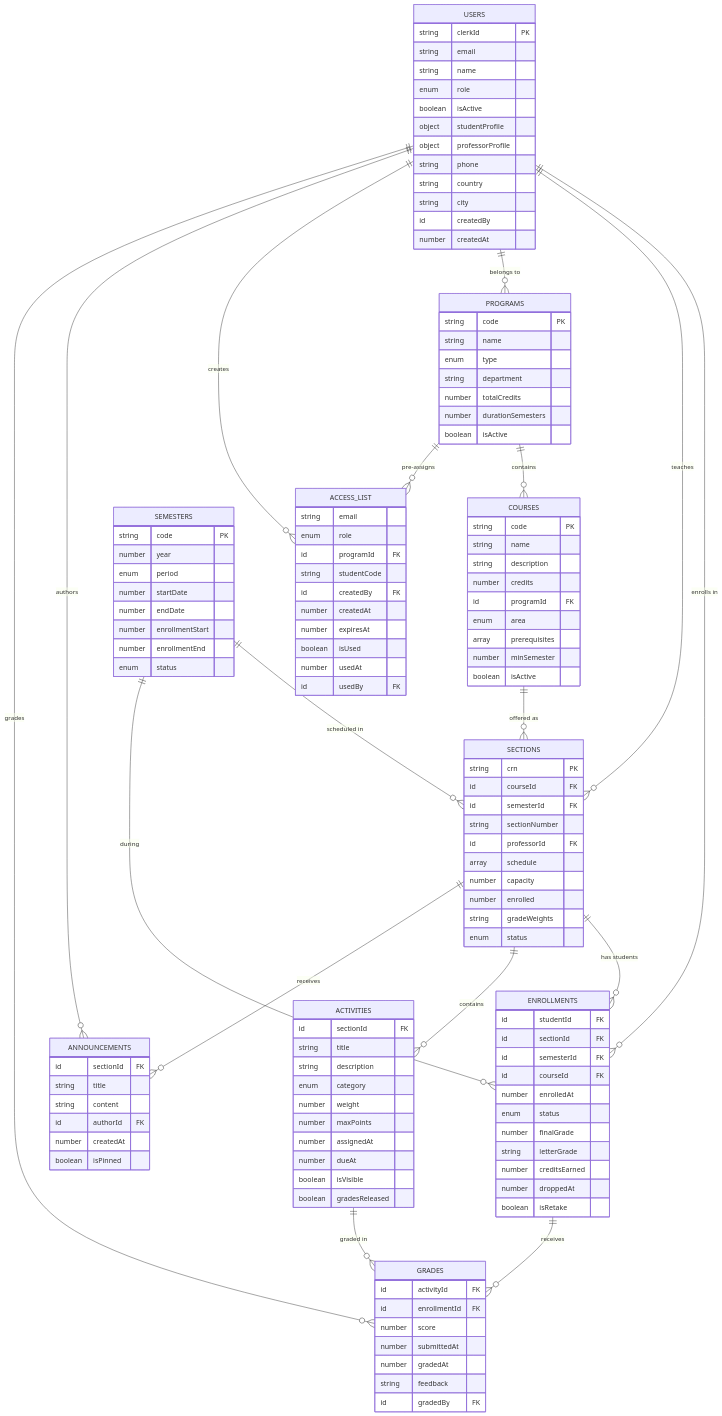
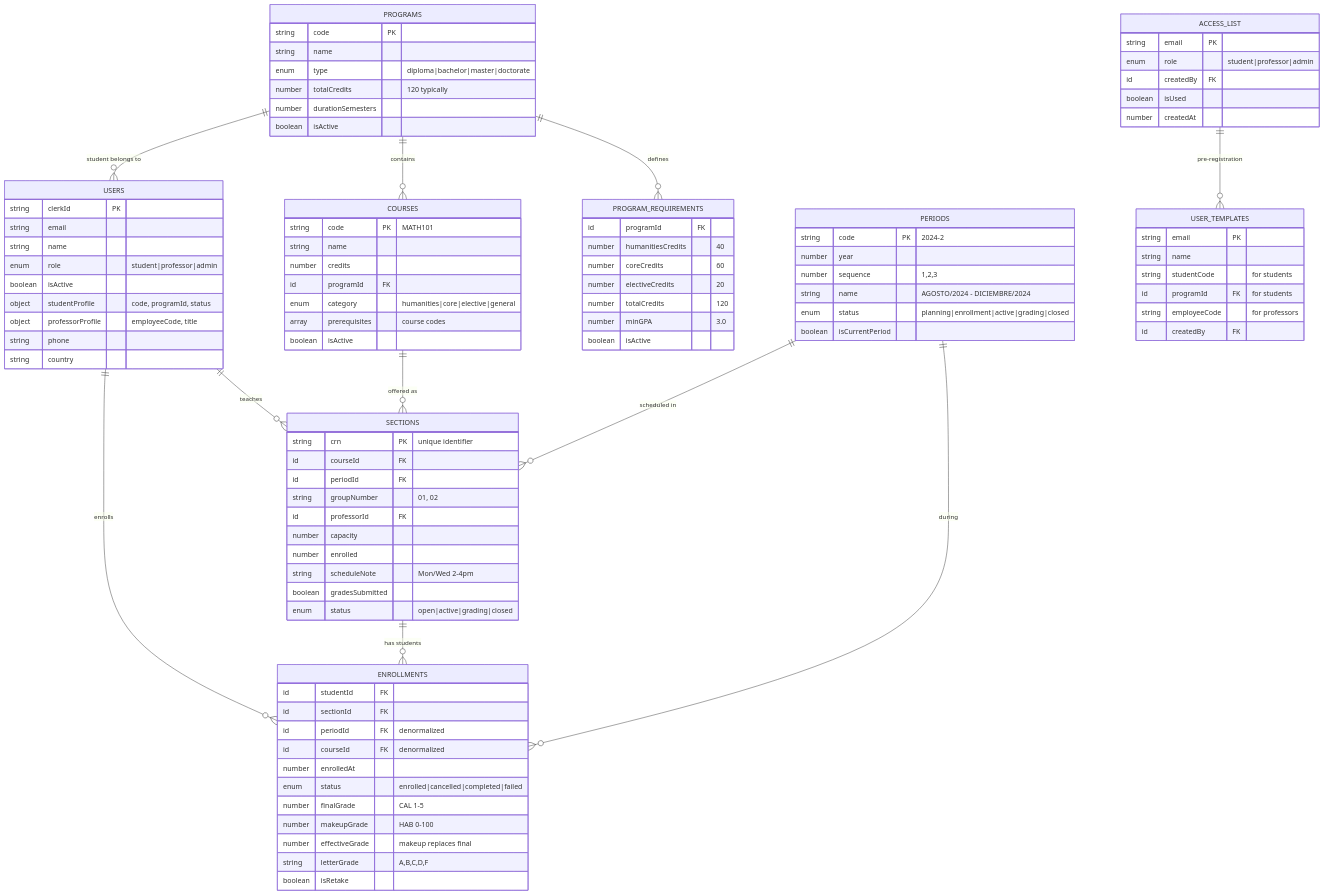
The second of 2 diagrams in convex/README.md (cpmappstudio/dismissal-app), drawn with Mermaid before and after one commit. The commit also changed other lines of this file and 4 other files, not shown here.

````diff
--- a/convex/README.md
+++ b/convex/README.md
@@ -81,145 +90,110 @@
 ```mermaid
 erDiagram
-    USERS ||--o{ ENROLLMENTS : "enrolls in"
+    USERS ||--o{ ENROLLMENTS : "enrolls"
     USERS ||--o{ SECTIONS : "teaches"
-    USERS ||--o{ PROGRAMS : "belongs to"
-    USERS ||--o{ ACCESS_LIST : "creates"
-    USERS ||--o{ ANNOUNCEMENTS : "authors"
-    USERS ||--o{ GRADES : "grades"
+    PROGRAMS ||--o{ USERS : "student belongs to"
+    PROGRAMS ||--o{ COURSES : "contains"
+    PROGRAMS ||--o{ PROGRAM_REQUIREMENTS : "defines"
     
-    PROGRAMS ||--o{ COURSES : "contains"
-    PROGRAMS ||--o{ ACCESS_LIST : "pre-assigns"
+    PERIODS ||--o{ SECTIONS : "scheduled in"
+    PERIODS ||--o{ ENROLLMENTS : "during"
     
     COURSES ||--o{ SECTIONS : "offered as"
+    SECTIONS ||--o{ ENROLLMENTS : "has students"
     
-    SECTIONS ||--o{ ENROLLMENTS : "has students"
-    SECTIONS ||--o{ ACTIVITIES : "contains"
-    SECTIONS ||--o{ ANNOUNCEMENTS : "receives"
-    
-    SEMESTERS ||--o{ SECTIONS : "scheduled in"
-    SEMESTERS ||--o{ ENROLLMENTS : "during"
-    
-    ENROLLMENTS ||--o{ GRADES : "receives"
-    
-    ACTIVITIES ||--o{ GRADES : "graded in"
+    ACCESS_LIST ||--o{ USER_TEMPLATES : "pre-registration"
 
     USERS {
         string clerkId PK
         string email
         string name
-        enum role
+        enum role "student|professor|admin"
         boolean isActive
-        object studentProfile
-        object professorProfile
+        object studentProfile "code, programId, status"
+        object professorProfile "employeeCode, title"
         string phone
         string country
-        string city
-        id createdBy
-        number createdAt
     }
     
     PROGRAMS {
         string code PK
         string name
-        enum type
-        string department
-        number totalCredits
+        enum type "diploma|bachelor|master|doctorate"
+        number totalCredits "120 typically"
         number durationSemesters
         boolean isActive
     }
     
-    SEMESTERS {
-        string code PK
+    PERIODS {
+        string code PK "2024-2"
         number year
-        enum period
-        number startDate
-        number endDate
-        number enrollmentStart
-        number enrollmentEnd
-        enum status
+        number sequence "1,2,3"
+        string name "AGOSTO/2024 - DICIEMBRE/2024"
+        enum status "planning|enrollment|active|grading|closed"
+        boolean isCurrentPeriod
     }
     
     COURSES {
-        string code PK
+        string code PK "MATH101"
         string name
-        string description
         number credits
         id programId FK
-        enum area
-        array prerequisites
-        number minSemester
+        enum category "humanities|core|elective|general"
+        array prerequisites "course codes"
         boolean isActive
     }
     
     SECTIONS {
-        string crn PK
+        string crn PK "unique identifier"
         id courseId FK
-        id semesterId FK
-        string sectionNumber
+        id periodId FK
+        string groupNumber "01, 02"
         id professorId FK
-        array schedule
         number capacity
         number enrolled
-        string gradeWeights
-        enum status
+        string scheduleNote "Mon/Wed 2-4pm"
+        boolean gradesSubmitted
+        enum status "open|active|grading|closed"
     }
     
     ENROLLMENTS {
         id studentId FK
         id sectionId FK
-        id semesterId FK
-        id courseId FK
+        id periodId FK "denormalized"
+        id courseId FK "denormalized"
         number enrolledAt
-        enum status
-        number finalGrade
-        string letterGrade
-        number creditsEarned
-        number droppedAt
+        enum status "enrolled|cancelled|completed|failed"
+        number finalGrade "CAL 1-5"
+        number makeupGrade "HAB 0-100"
+        number effectiveGrade "makeup replaces final"
+        string letterGrade "A,B,C,D,F"
         boolean isRetake
     }
     
-    ACTIVITIES {
-        id sectionId FK
-        string title
-        string description
-        enum category
-        number weight
-        number maxPoints
-        number assignedAt
-        number dueAt
-        boolean isVisible
-        boolean gradesReleased
-    }
-    
-    GRADES {
-        id activityId FK
-        id enrollmentId FK
-        number score
-        number submittedAt
-        number gradedAt
-        string feedback
-        id gradedBy FK
+    PROGRAM_REQUIREMENTS {
+        id programId FK
+        number humanitiesCredits "40"
+        number coreCredits "60"
+        number electiveCredits "20"
+        number totalCredits "120"
+        number minGPA "3.0"
+        boolean isActive
     }
     
     ACCESS_LIST {
-        string email
-        enum role
-        id programId FK
-        string studentCode
+        string email PK
+        enum role "student|professor|admin"
         id createdBy FK
+        boolean isUsed
         number createdAt
-        number expiresAt
-        boolean isUsed
-        number usedAt
-        id usedBy FK
     }
     
-    ANNOUNCEMENTS {
-        id sectionId FK
-        string title
-        string content
-        id authorId FK
-        number createdAt
-        boolean isPinned
+    USER_TEMPLATES {
+        string email PK
+        string name
+        string studentCode "for students"
+        id programId FK "for students"
+        string employeeCode "for professors"
+        id createdBy FK
     }
 ```
````
